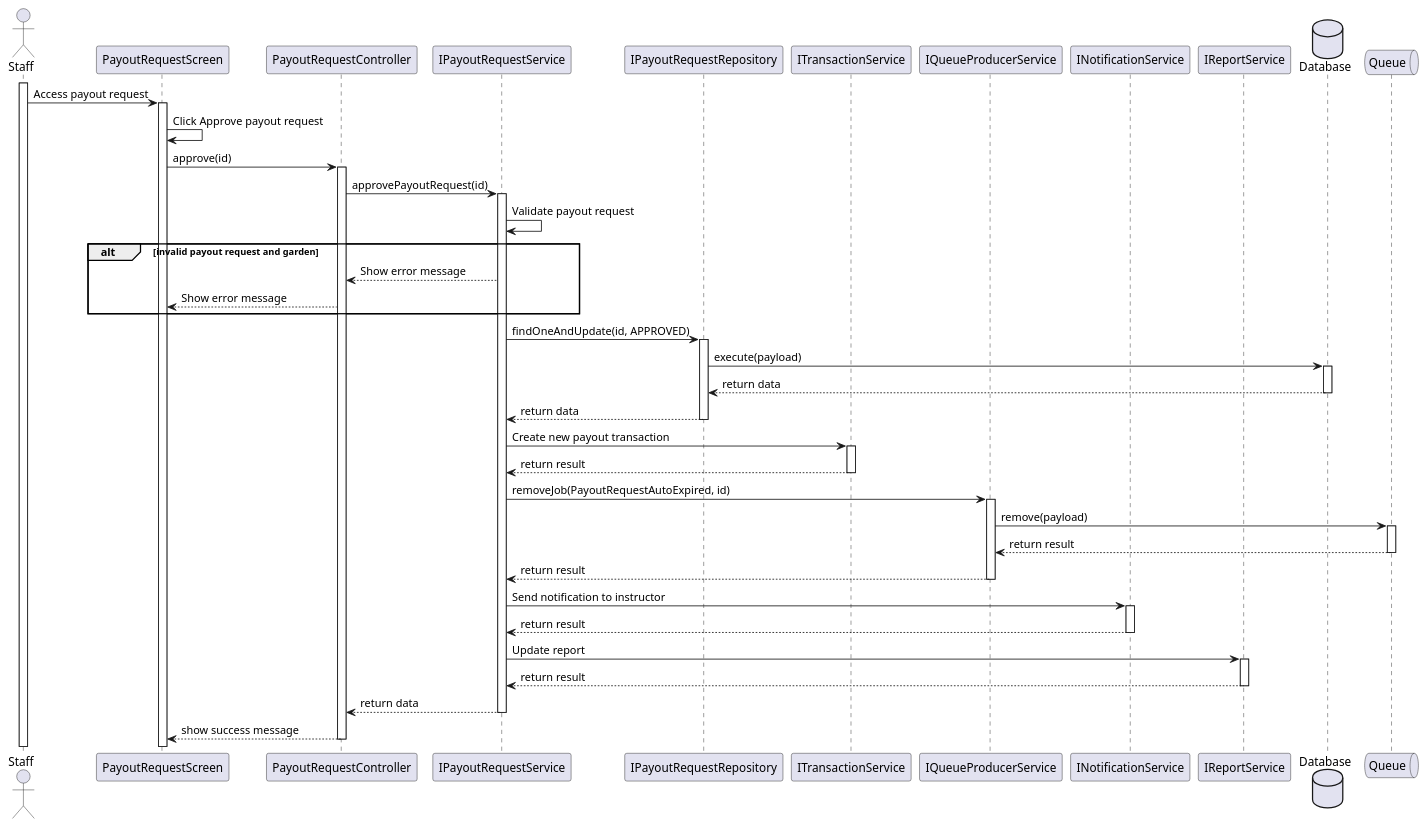
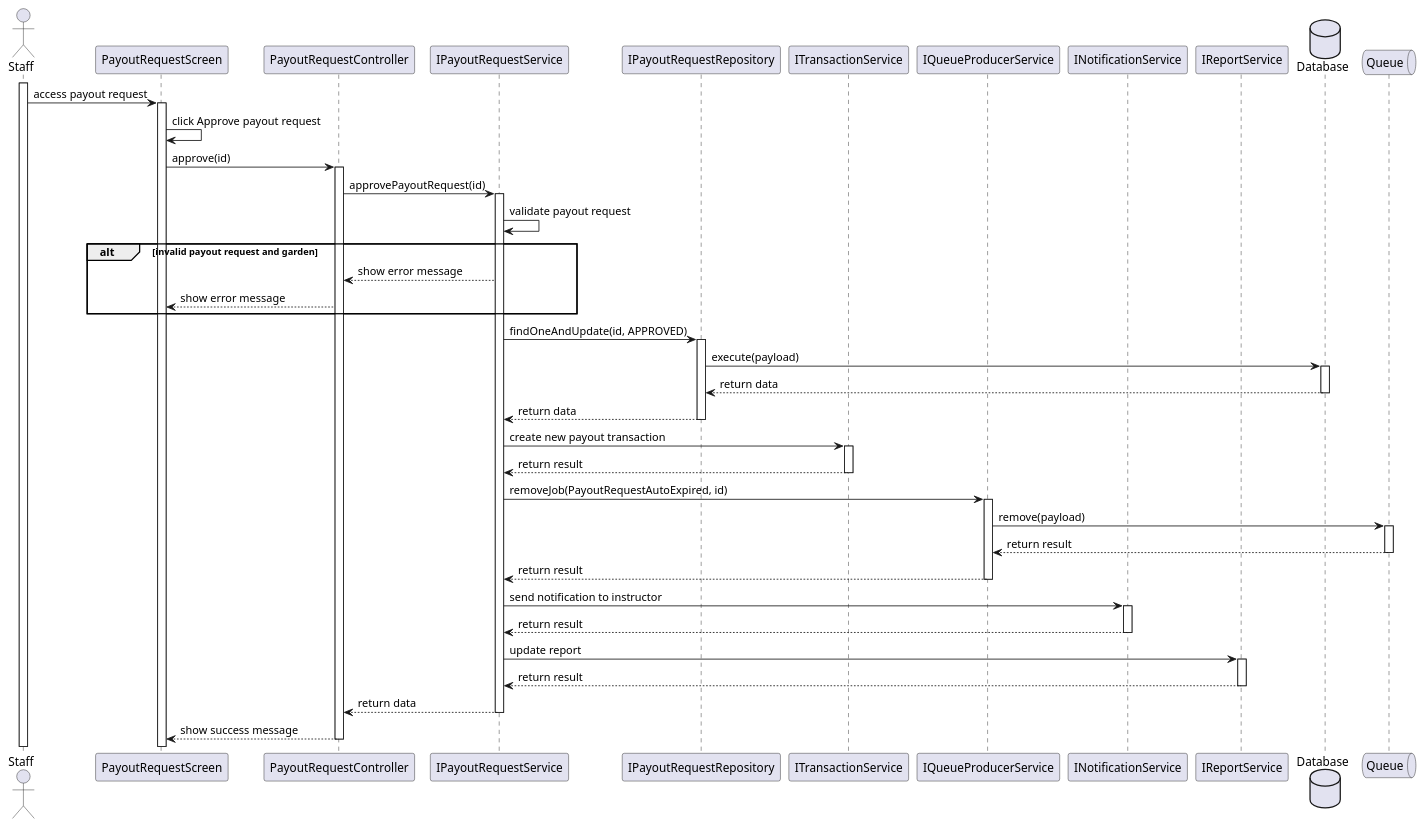
Before and after one commit to Deco-Team/orchidify-api: the diagram in .plantuml/sequence-diagram/staff-approve-payout-request.plantuml, drawn with PlantUML. The commit also changed 17 other files, not shown here.

Commit message:
diagram: sequence update

```diff
--- a/.plantuml/sequence-diagram/staff-approve-payout-request.plantuml
+++ b/.plantuml/sequence-diagram/staff-approve-payout-request.plantuml
@@ -1,80 +1,80 @@
 @startuml
 actor Staff
 activate Staff
 
 participant PayoutRequestScreen
-Staff -> PayoutRequestScreen: Access payout request
+Staff -> PayoutRequestScreen: access payout request
 activate PayoutRequestScreen
-PayoutRequestScreen -> PayoutRequestScreen: Click Approve payout request
+PayoutRequestScreen -> PayoutRequestScreen: click Approve payout request
 
 participant PayoutRequestController
 PayoutRequestScreen -> PayoutRequestController: approve(id)
 activate PayoutRequestController
 
 participant IPayoutRequestService
 PayoutRequestController -> IPayoutRequestService: approvePayoutRequest(id)
 activate IPayoutRequestService
 
-IPayoutRequestService -> IPayoutRequestService: Validate payout request
+IPayoutRequestService -> IPayoutRequestService: validate payout request
 alt invalid payout request and garden
-    IPayoutRequestService --> PayoutRequestController: Show error message
-    PayoutRequestController --> PayoutRequestScreen: Show error message
+    IPayoutRequestService --> PayoutRequestController: show error message
+    PayoutRequestController --> PayoutRequestScreen: show error message
 end
 
 participant IPayoutRequestService
 participant IPayoutRequestRepository
 IPayoutRequestService -> IPayoutRequestRepository: findOneAndUpdate(id, APPROVED)
 activate IPayoutRequestRepository
 
 database Database
 IPayoutRequestRepository -> Database: execute(payload)
 activate Database
 Database --> IPayoutRequestRepository: return data
 deactivate Database
 
 IPayoutRequestRepository --> IPayoutRequestService: return data
 deactivate IPayoutRequestRepository
 
 participant ITransactionService
-IPayoutRequestService -> ITransactionService: Create new payout transaction
+IPayoutRequestService -> ITransactionService: create new payout transaction
 activate ITransactionService
 
 ITransactionService --> IPayoutRequestService: return result
 deactivate ITransactionService
 
 participant IQueueProducerService
 IPayoutRequestService -> IQueueProducerService: removeJob(PayoutRequestAutoExpired, id)
 activate IQueueProducerService
 
 queue Queue
 IQueueProducerService -> Queue: remove(payload)
 activate Queue
 Queue --> IQueueProducerService: return result
 deactivate Queue
 
 IQueueProducerService --> IPayoutRequestService: return result
 deactivate IQueueProducerService
 
 participant INotificationService
-IPayoutRequestService -> INotificationService: Send notification to instructor
+IPayoutRequestService -> INotificationService: send notification to instructor
 activate INotificationService
 
 INotificationService --> IPayoutRequestService: return result
 deactivate INotificationService
 
 participant IReportService
-IPayoutRequestService -> IReportService: Update report
+IPayoutRequestService -> IReportService: update report
 activate IReportService
 
 IReportService --> IPayoutRequestService: return result
 deactivate IReportService
 
 IPayoutRequestService --> PayoutRequestController: return data
 deactivate IPayoutRequestService
 database Database
 
 PayoutRequestController --> PayoutRequestScreen: show success message
 deactivate PayoutRequestController
 
 queue Queue
 @enduml
```
